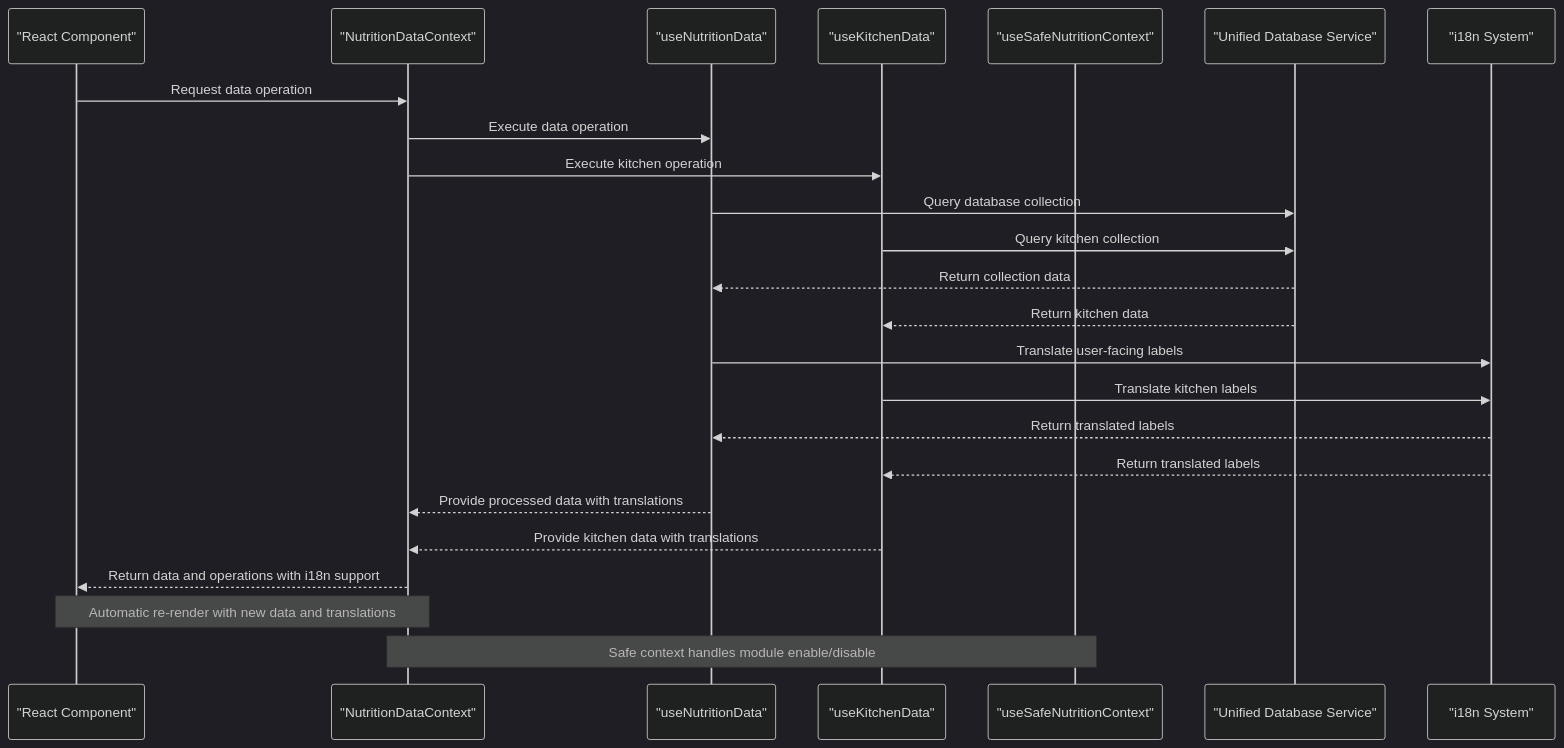
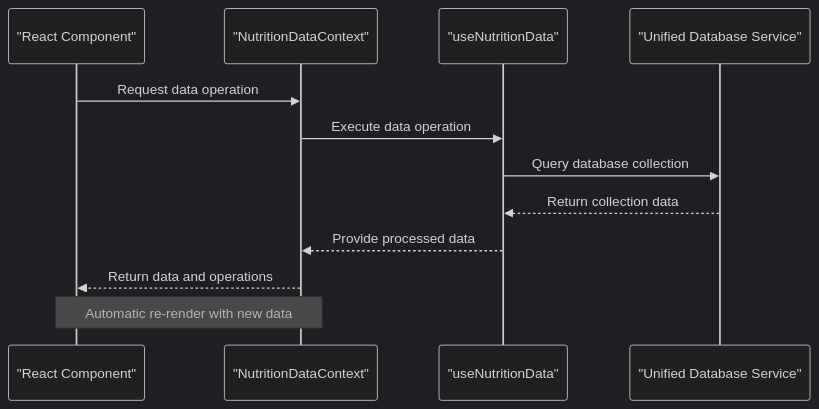
The fifth of 10 diagrams in .qoder/repowiki/en/content/Modules System/Nutrition Module.md (geniusdynamics/schoolpilot), drawn with Mermaid (dark theme) before and after one commit. The commit also changed other lines of this file and 311 other files, not shown here.

````diff
--- a/.qoder/repowiki/en/content/Modules System/Nutrition Module.md
+++ b/.qoder/repowiki/en/content/Modules System/Nutrition Module.md
@@ -458,26 +290,14 @@
 ```mermaid
 sequenceDiagram
 participant Component as "React Component"
 participant Context as "NutritionDataContext"
 participant Hook as "useNutritionData"
-participant KitchenHook as "useKitchenData"
-participant SafeHook as "useSafeNutritionContext"
 participant Database as "Unified Database Service"
-participant I18n as "i18n System"
 Component->>Context : Request data operation
 Context->>Hook : Execute data operation
-Context->>KitchenHook : Execute kitchen operation
 Hook->>Database : Query database collection
-KitchenHook->>Database : Query kitchen collection
 Database-->>Hook : Return collection data
-Database-->>KitchenHook : Return kitchen data
-Hook->>I18n : Translate user-facing labels
-KitchenHook->>I18n : Translate kitchen labels
-I18n-->>Hook : Return translated labels
-I18n-->>KitchenHook : Return translated labels
-Hook-->>Context : Provide processed data with translations
-KitchenHook-->>Context : Provide kitchen data with translations
-Context-->>Component : Return data and operations with i18n support
-Note over Component,Context : Automatic re-render with new data and translations
-Note over SafeHook,Context : Safe context handles module enable/disable
+Hook-->>Context : Provide processed data
+Context-->>Component : Return data and operations
+Note over Component,Context : Automatic re-render with new data
 ```
````
